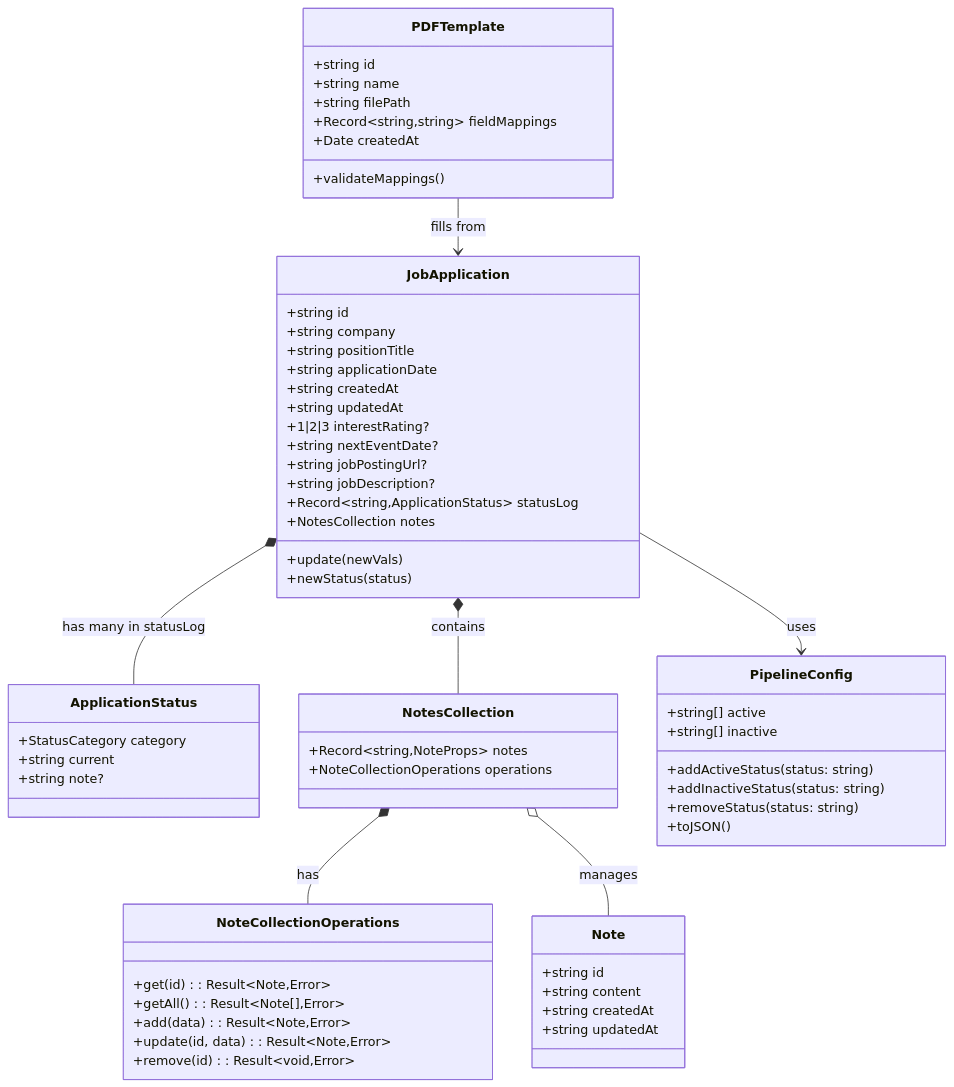
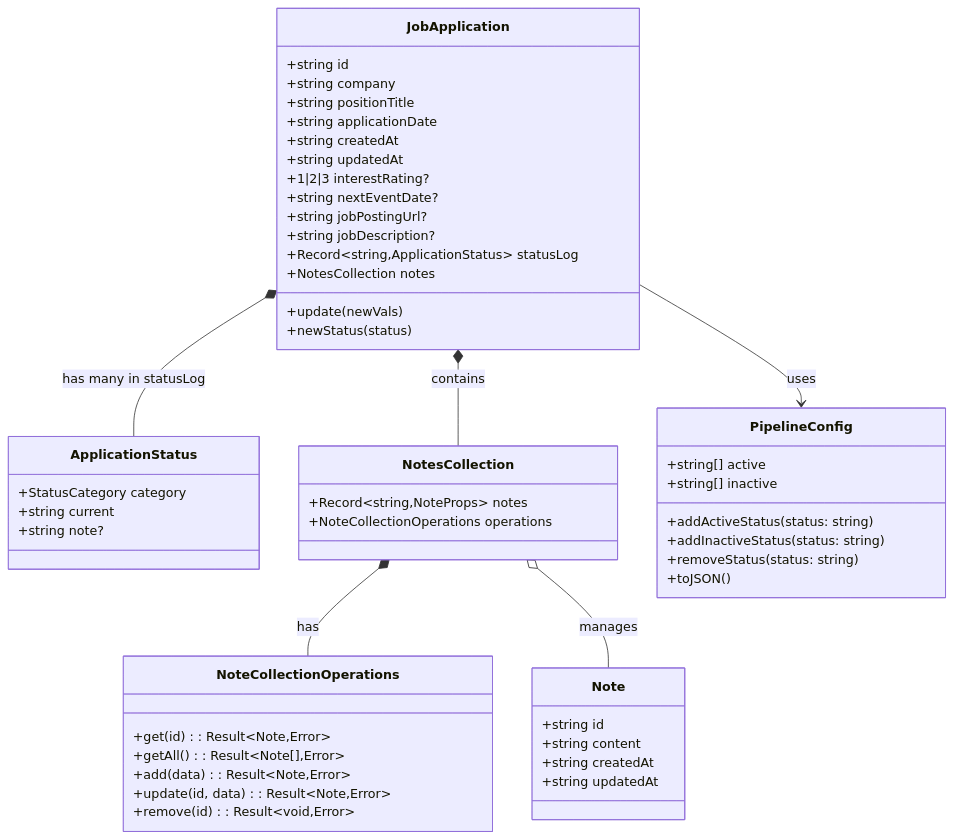
The diagram in docs/dataModel.mermaid (graffhyrum/jobAppTracker), drawn with Mermaid before and after one commit. The commit also changed 12 other files, not shown here.

```diff
--- a/docs/dataModel.mermaid
+++ b/docs/dataModel.mermaid
@@ -1,73 +1,63 @@
 ---
 config:
   class:
     hideEmptyMembersBox: true
 ---
 classDiagram
     class JobApplication {
         +string id
         +string company
         +string positionTitle
         +string applicationDate
         +string createdAt
         +string updatedAt
         +1|2|3 interestRating?
         +string nextEventDate?
         +string jobPostingUrl?
         +string jobDescription?
         +Record~string,ApplicationStatus~ statusLog
         +NotesCollection notes
         +update(newVals)
         +newStatus(status)
     }
 
     class ApplicationStatus {
         +StatusCategory category
         +string current
         +string note?
     }
 
     class Note {
         +string id
         +string content
         +string createdAt
         +string updatedAt
     }
 
     class NotesCollection {
         +Record~string,NoteProps~ notes
         +NoteCollectionOperations operations
     }
 
     class NoteCollectionOperations {
         +get(id): Result~Note,Error~
         +getAll(): Result~Note[],Error~
         +add(data): Result~Note,Error~
         +update(id, data): Result~Note,Error~
         +remove(id): Result~void,Error~
     }
 
     class PipelineConfig {
         +string[] active
         +string[] inactive
         +addActiveStatus(status: string)
         +addInactiveStatus(status: string)
         +removeStatus(status: string)
         +toJSON()
     }
 
-    class PDFTemplate {
-        +string id
-        +string name
-        +string filePath
-        +Record~string,string~ fieldMappings
-        +Date createdAt
-        +validateMappings()
-    }
-
 JobApplication *-- NotesCollection : contains
 JobApplication *-- ApplicationStatus : has many in statusLog
 NotesCollection *-- NoteCollectionOperations : has
 NotesCollection o-- Note : manages
 JobApplication --> PipelineConfig : uses
-PDFTemplate --> JobApplication : fills from
```
